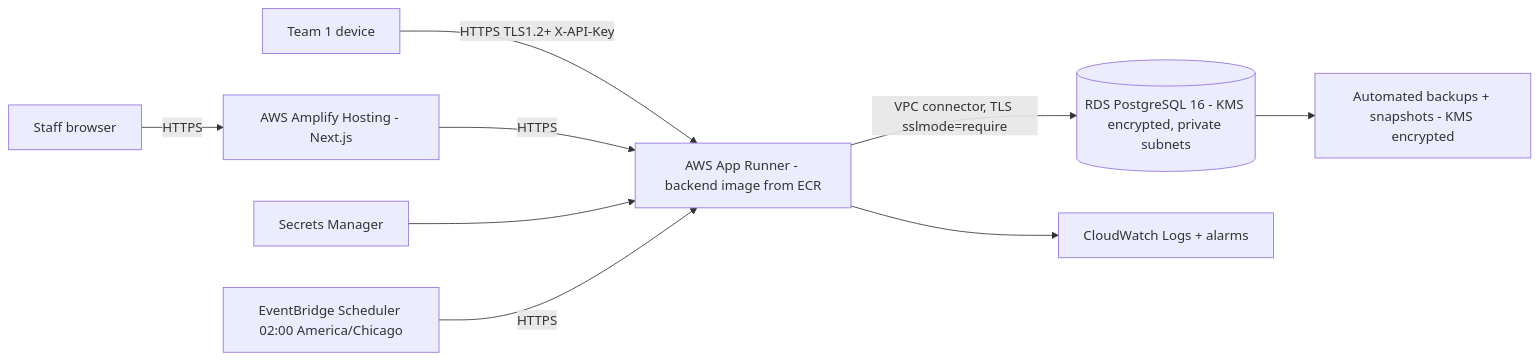
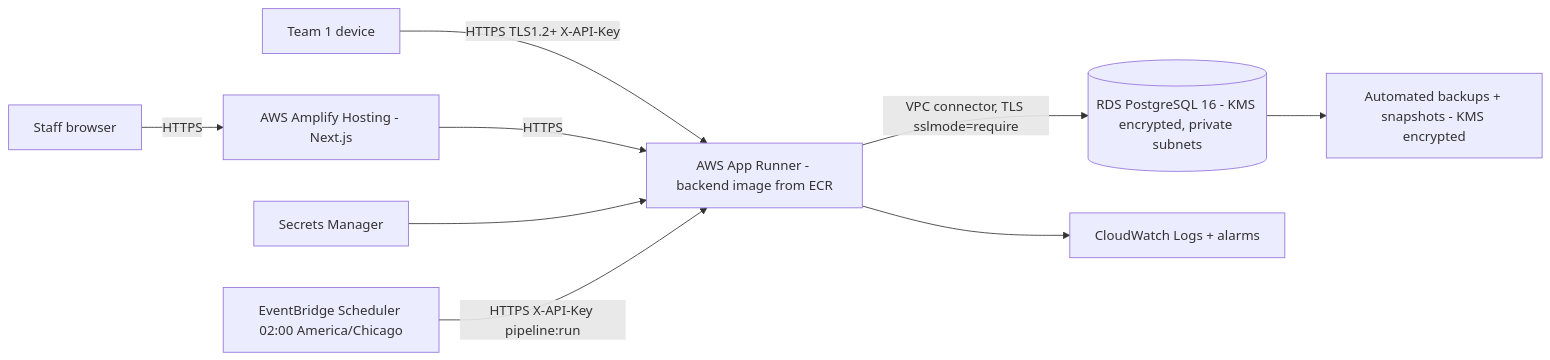
One commit to EchoWellApp/echowell changed the second of 2 diagrams in specs/TRD/15_Deployment_and_DevOps_Spec.md. Above: the diagram before and after it, drawn with Mermaid. The commit also changed other lines of this file and 13 other files, not shown here.

````diff
--- a/specs/TRD/15_Deployment_and_DevOps_Spec.md
+++ b/specs/TRD/15_Deployment_and_DevOps_Spec.md
@@ -436,11 +454,11 @@
 ```mermaid
 flowchart LR
   Dev[Team 1 device] -- HTTPS TLS1.2+ X-API-Key --> AR
   U[Staff browser] -- HTTPS --> AMP[AWS Amplify Hosting - Next.js]
   AMP -- HTTPS --> AR[AWS App Runner - backend image from ECR]
   AR -- VPC connector, TLS sslmode=require --> RDS[(RDS PostgreSQL 16 - KMS encrypted, private subnets)]
   SM[Secrets Manager] --> AR
-  EB[EventBridge Scheduler 02:00 America/Chicago] -- HTTPS --> AR
+  EB[EventBridge Scheduler 02:00 America/Chicago] -- HTTPS X-API-Key pipeline:run --> AR
   AR --> CW[CloudWatch Logs + alarms]
   RDS --> SNAP[Automated backups + snapshots - KMS encrypted]
 ```
````
